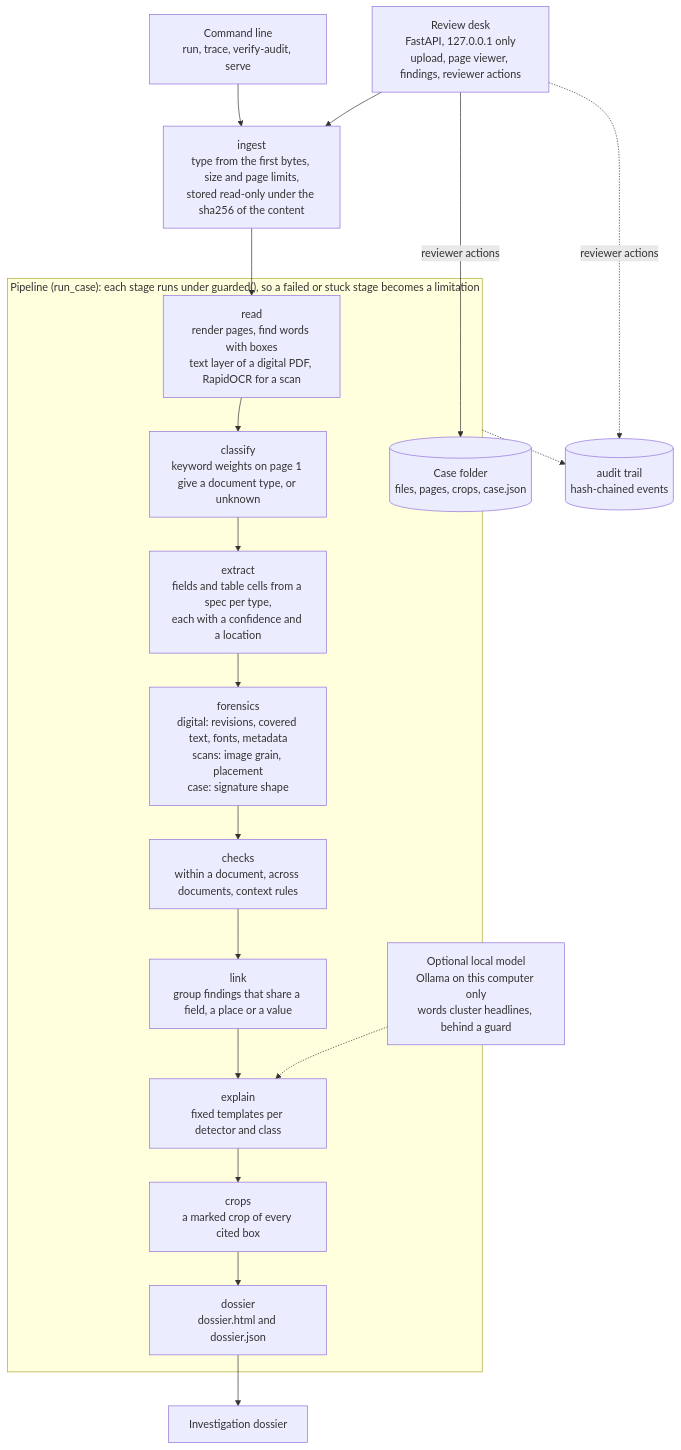
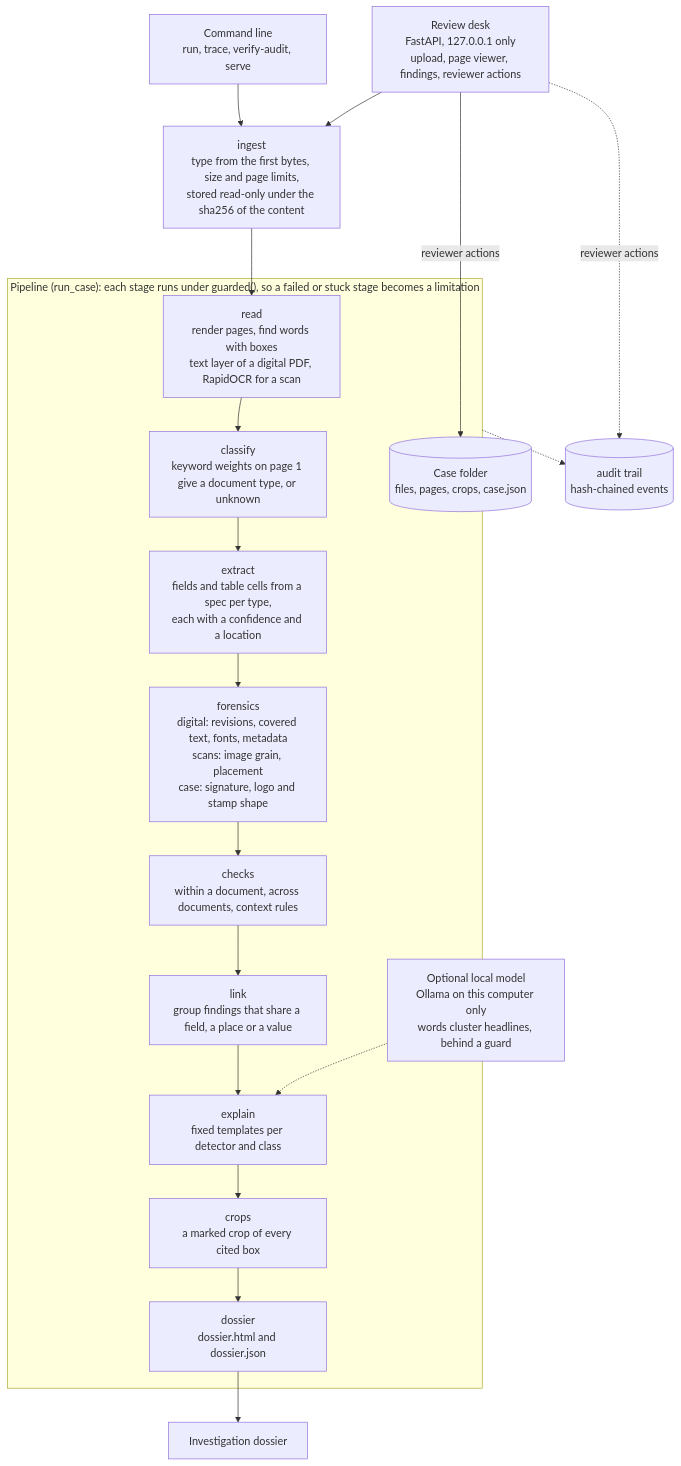
Before and after one commit to BU1lDR/docforensics: the diagram in docs/architecture.md, drawn with Mermaid. The commit also changed other lines of this file and 2 other files, not shown here.

Commit message:
task 24 merge fixes: regenerate capability blocks, mark row in the false-positive table, logo and stamp wording, no surname in the README

````diff
--- a/docs/architecture.md
+++ b/docs/architecture.md
@@ -5,32 +5,32 @@
 ```mermaid
 flowchart TD
     cli["Command line<br/>run, trace, verify-audit, serve"]
     desk["Review desk<br/>FastAPI, 127.0.0.1 only<br/>upload, page viewer, findings, reviewer actions"]
     ingest["ingest<br/>type from the first bytes, size and page limits,<br/>stored read-only under the sha256 of the content"]
     cli --> ingest
     desk --> ingest
     ingest --> read
 
     subgraph pipeline["Pipeline (run_case): each stage runs under guarded(), so a failed or stuck stage becomes a limitation"]
         read["read<br/>render pages, find words with boxes<br/>text layer of a digital PDF, RapidOCR for a scan"]
         classify["classify<br/>keyword weights on page 1 give a document type, or unknown"]
         extract["extract<br/>fields and table cells from a spec per type,<br/>each with a confidence and a location"]
-        forensics["forensics<br/>digital: revisions, covered text, fonts, metadata<br/>scans: image grain, placement<br/>case: signature shape"]
+        forensics["forensics<br/>digital: revisions, covered text, fonts, metadata<br/>scans: image grain, placement<br/>case: signature, logo and stamp shape"]
         checks["checks<br/>within a document, across documents, context rules"]
         link["link<br/>group findings that share a field, a place or a value"]
         explain["explain<br/>fixed templates per detector and class"]
         crops["crops<br/>a marked crop of every cited box"]
         dossier["dossier<br/>dossier.html and dossier.json"]
         read --> classify --> extract --> forensics --> checks --> link --> explain --> crops --> dossier
     end
 
     llm["Optional local model<br/>Ollama on this computer only<br/>words cluster headlines, behind a guard"]
     llm -.-> explain
     casefolder[("Case folder<br/>files, pages, crops, case.json")]
     audit[("audit trail<br/>hash-chained events")]
     pipeline --> casefolder
     pipeline -.-> audit
     desk -->|"reviewer actions"| casefolder
     desk -.->|"reviewer actions"| audit
     dossier --> report["Investigation dossier"]
 ```
````
